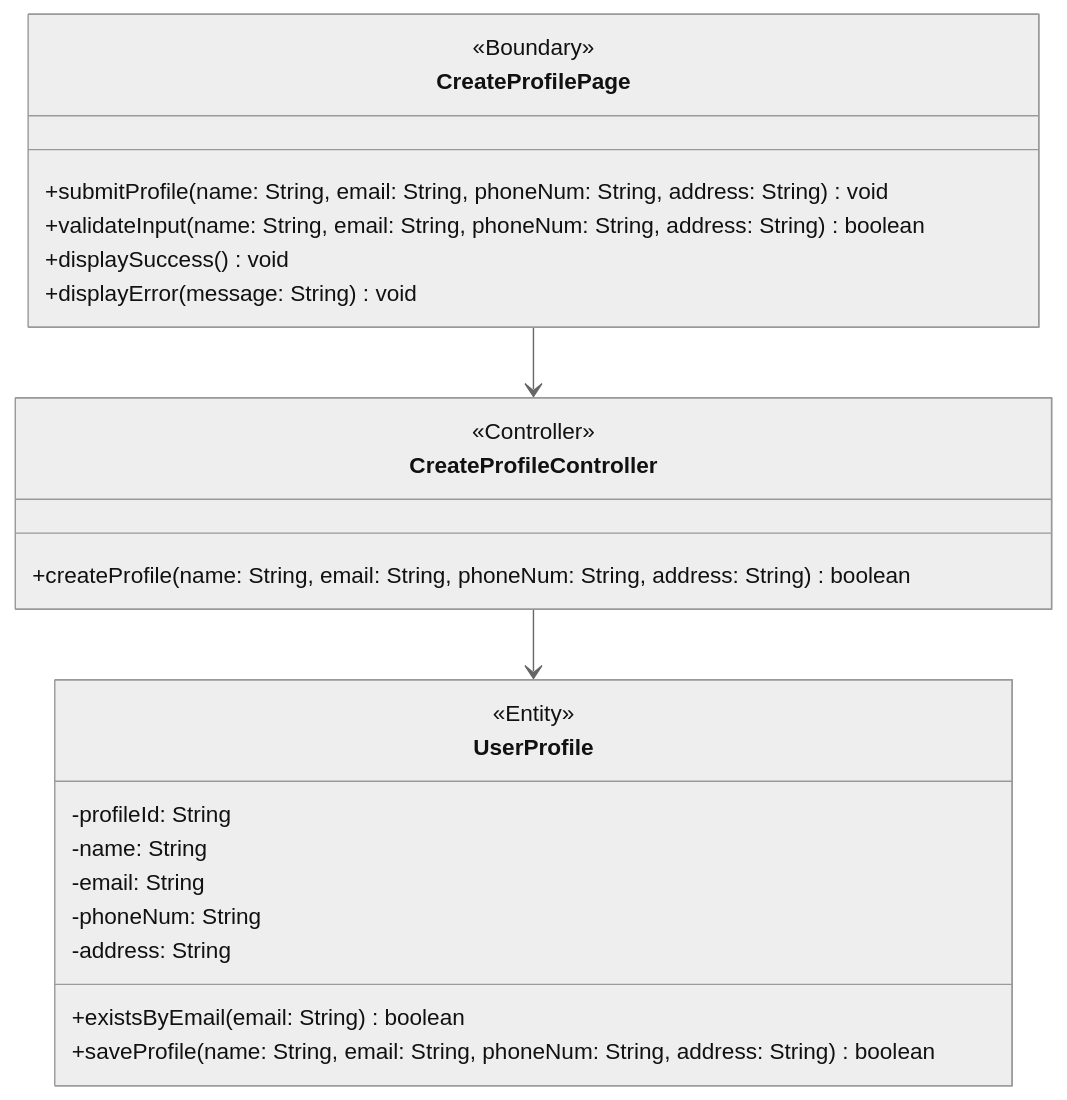
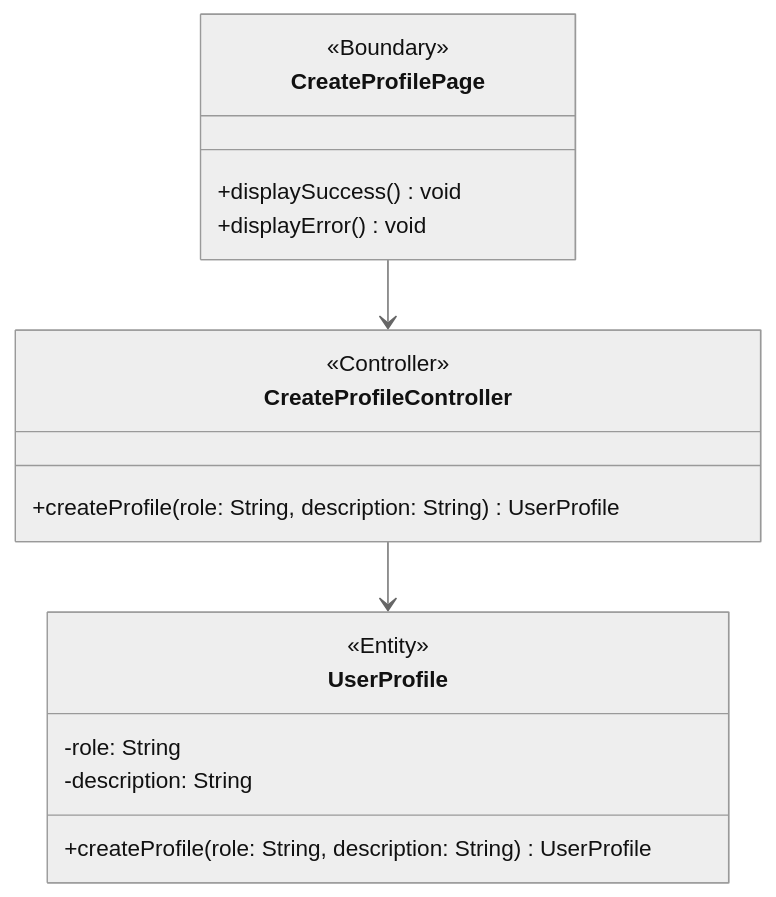
One commit to JSL124/SDM-project changed the diagram in docs/profile/bce-diagram.md. Above: the diagram before and after it, drawn with Mermaid (neutral theme). The commit also changed other lines of this file and 86 other files, not shown here.

````diff
--- a/docs/profile/bce-diagram.md
+++ b/docs/profile/bce-diagram.md
@@ -3,29 +3,23 @@
 ```mermaid
 classDiagram
     class CreateProfilePage {
         <<Boundary>>
-        +submitProfile(name: String, email: String, phoneNum: String, address: String) void
-        +validateInput(name: String, email: String, phoneNum: String, address: String) boolean
         +displaySuccess() void
-        +displayError(message: String) void
+        +displayError() void
     }
 
     class CreateProfileController {
         <<Controller>>
-        +createProfile(name: String, email: String, phoneNum: String, address: String) boolean
+        +createProfile(role: String, description: String) UserProfile
     }
 
     class UserProfile {
         <<Entity>>
-        -profileId: String
-        -name: String
-        -email: String
-        -phoneNum: String
-        -address: String
-        +existsByEmail(email: String) boolean
-        +saveProfile(name: String, email: String, phoneNum: String, address: String) boolean
+        -role: String
+        -description: String
+        +createProfile(role: String, description: String) UserProfile
     }
 
     CreateProfilePage --> CreateProfileController
     CreateProfileController --> UserProfile
 ```
````
